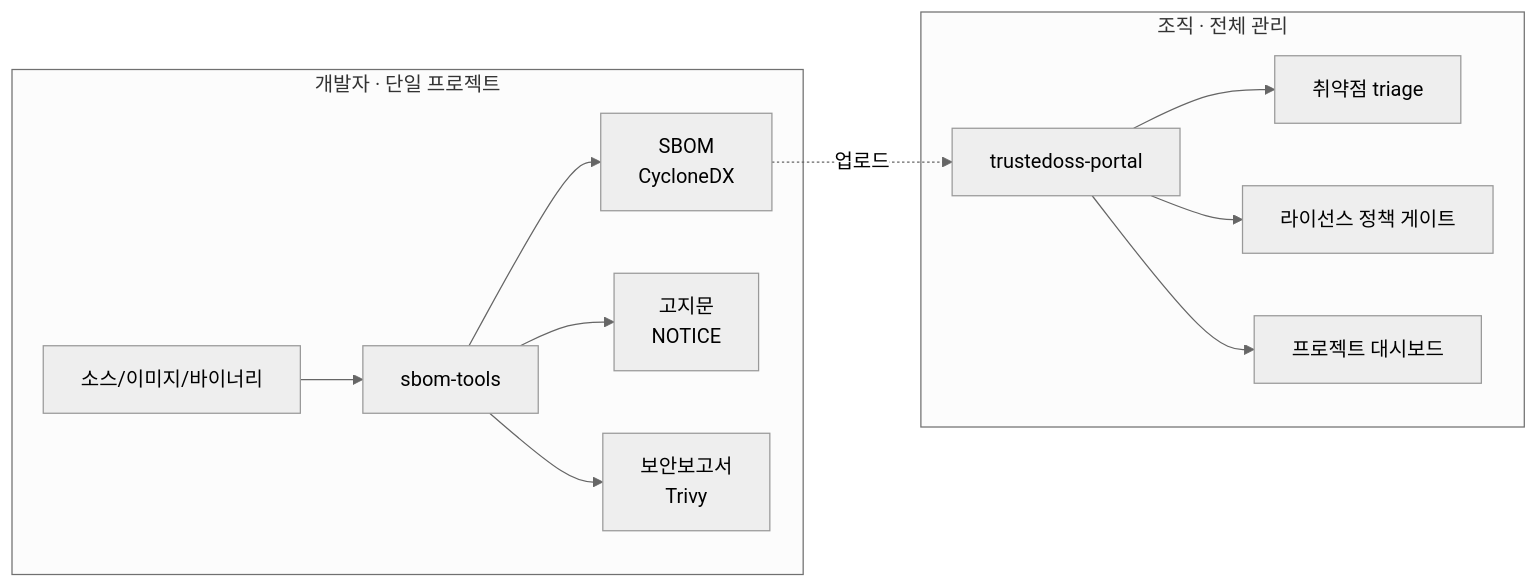
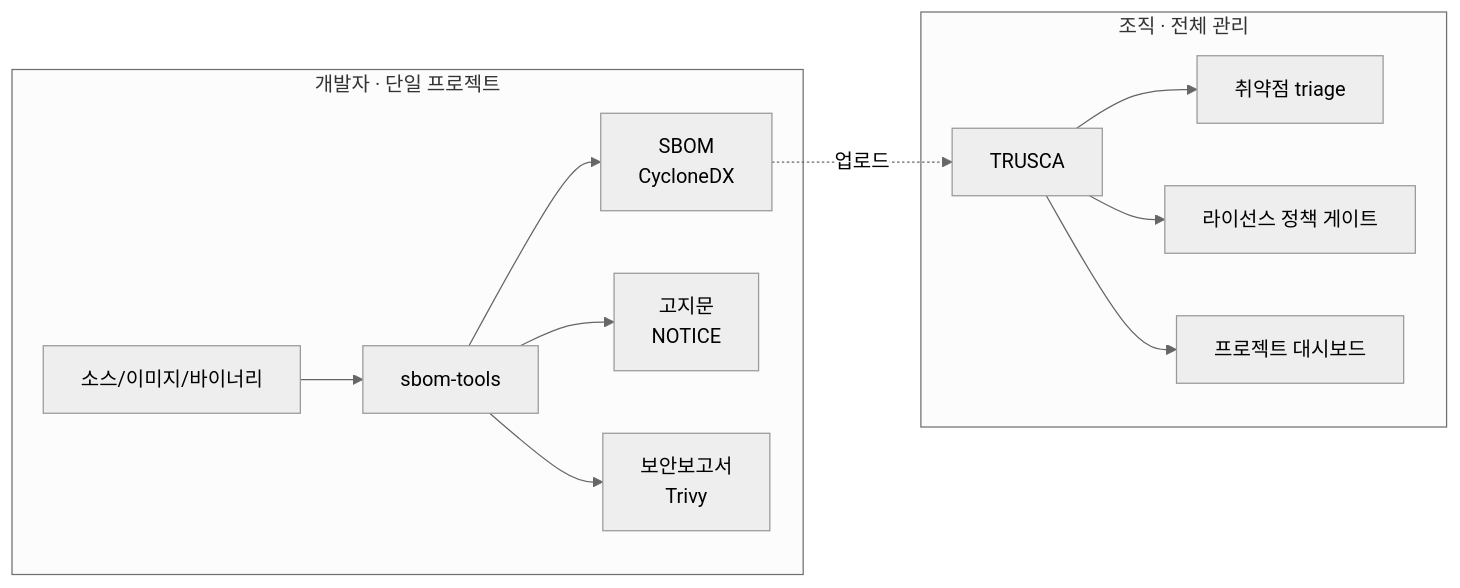
Before and after one commit to sktelecom/bomlens: the diagram in docs/internal/direction-study.md, drawn with Mermaid (neutral theme). The commit also changed other lines of this file and 12 other files, not shown here.

First line of the commit message:
docs: rename trustedoss-portal to TRUSCA across docs and web UI comments

````diff
--- a/docs/internal/direction-study.md
+++ b/docs/internal/direction-study.md
@@ -19,15 +19,15 @@
 ```mermaid
 flowchart LR
     subgraph dev["개발자 · 단일 프로젝트"]
         A[소스/이미지/바이너리] --> B[sbom-tools]
         B --> C[SBOM<br/>CycloneDX]
         B --> D[고지문<br/>NOTICE]
         B --> E[보안보고서<br/>Trivy]
     end
     subgraph org["조직 · 전체 관리"]
-        C -. 업로드 .-> F[trustedoss-portal]
+        C -. 업로드 .-> F[TRUSCA]
         F --> G[취약점 triage]
         F --> H[라이선스 정책 게이트]
         F --> I[프로젝트 대시보드]
     end
 ```
````
